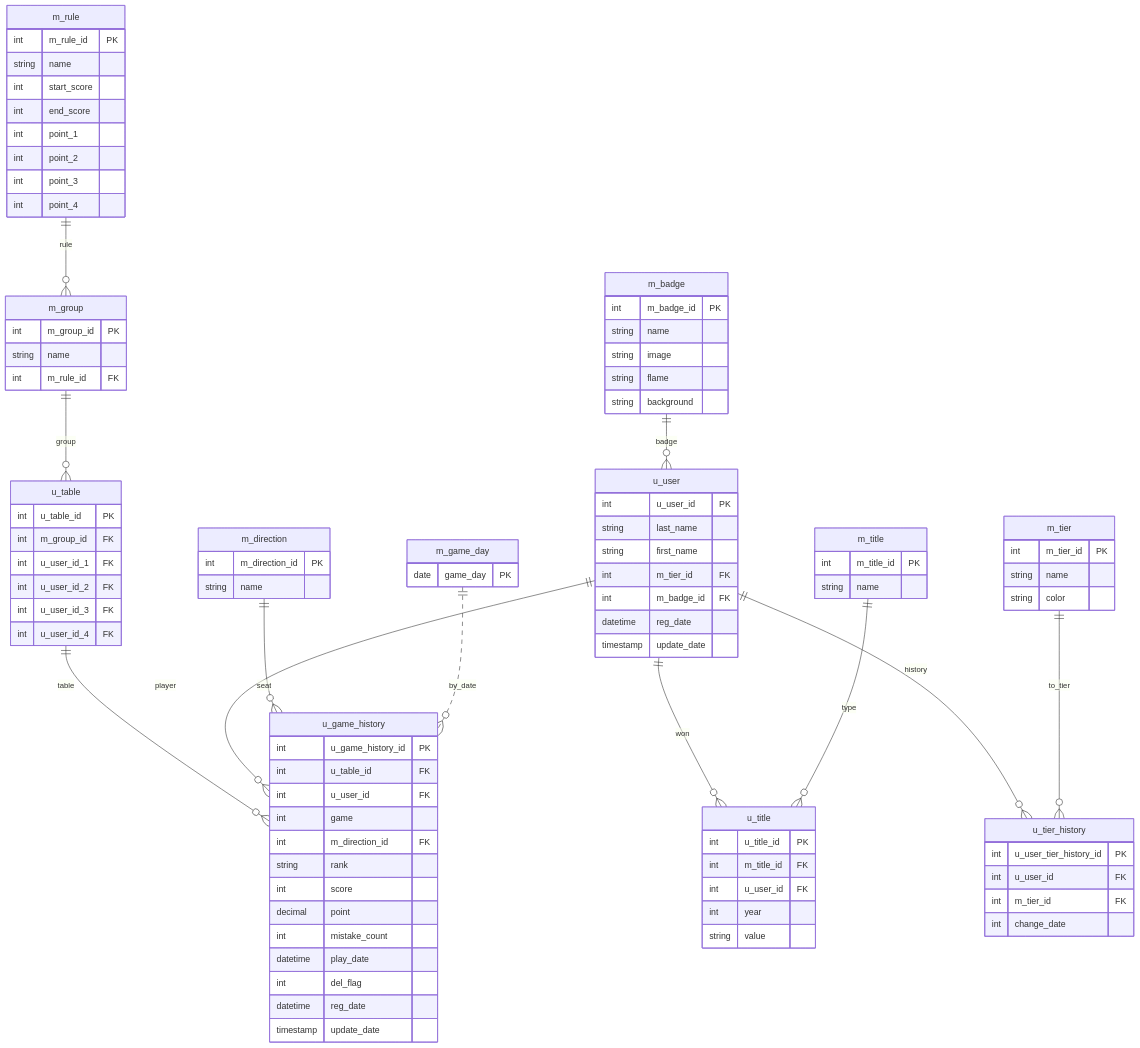
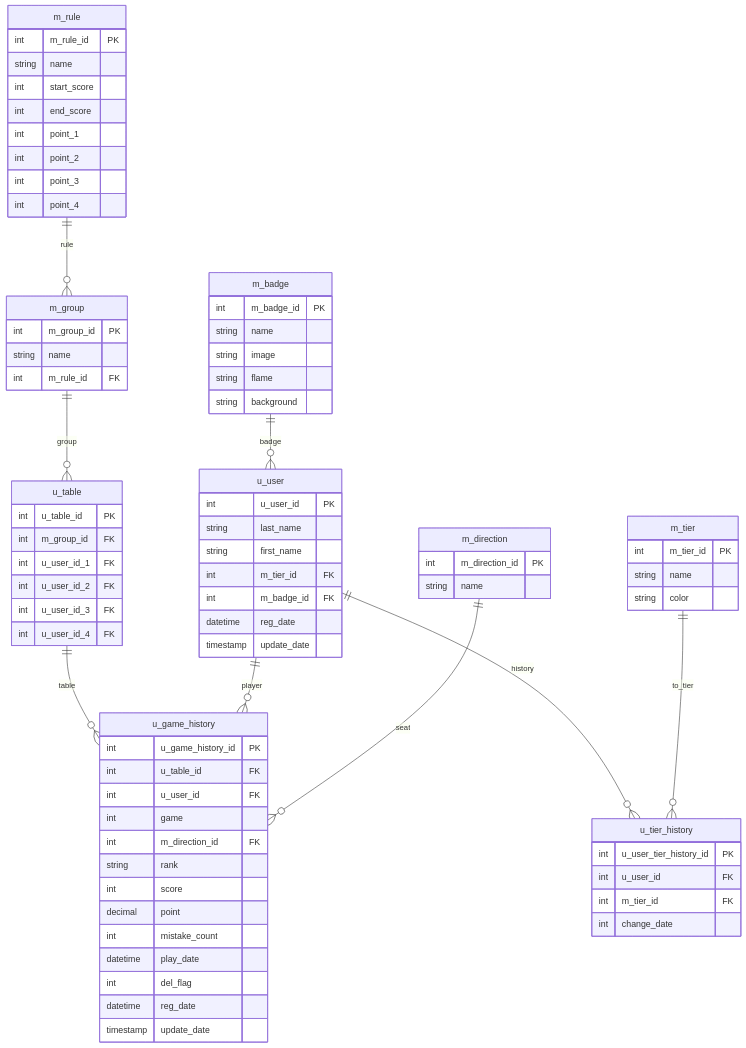
Before and after one commit to fuya-kondo/mahjong-status: the diagram in README.md, drawn with Mermaid. The commit also changed other lines of this file, not shown here.

````diff
--- a/README.md
+++ b/README.md
@@ -32,12 +32,9 @@
   u_table ||--o{ u_game_history : table
   u_user ||--o{ u_game_history : player
   m_direction ||--o{ u_game_history : seat
-  u_user ||--o{ u_title : won
-  m_title ||--o{ u_title : type
   u_user ||--o{ u_tier_history : history
   m_tier ||--o{ u_tier_history : to_tier
   m_badge ||--o{ u_user : badge
-  m_game_day ||..o{ u_game_history : by_date
 
   m_rule {
     int m_rule_id PK
@@ -86,22 +83,11 @@
     datetime reg_date
     timestamp update_date
   }
-  u_title {
-    int u_title_id PK
-    int m_title_id FK
-    int u_user_id FK
-    int year
-    string value
-  }
   u_tier_history {
     int u_user_tier_history_id PK
     int u_user_id FK
     int m_tier_id FK
     int change_date
-  }
-  m_title {
-    int m_title_id PK
-    string name
   }
   m_tier {
     int m_tier_id PK
@@ -119,8 +105,4 @@
     int m_direction_id PK
     string name
   }
-  m_game_day {
-    date game_day PK
-  }
-
 ```
````
